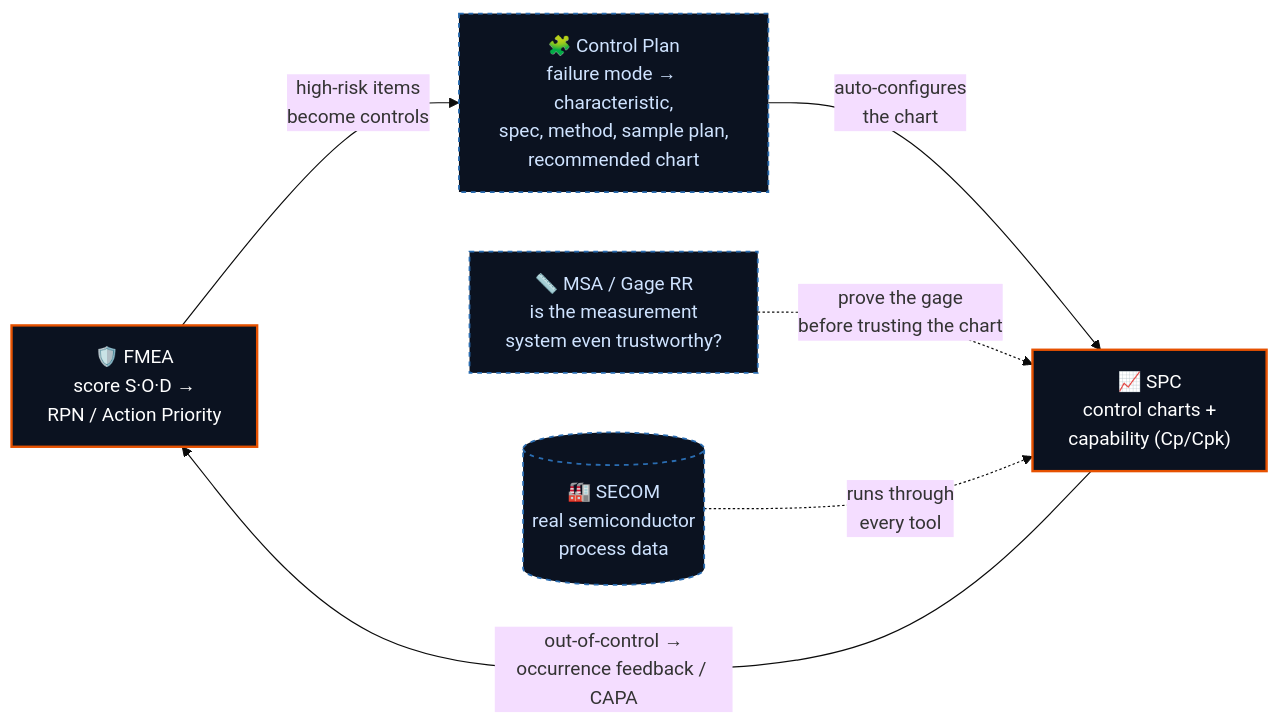
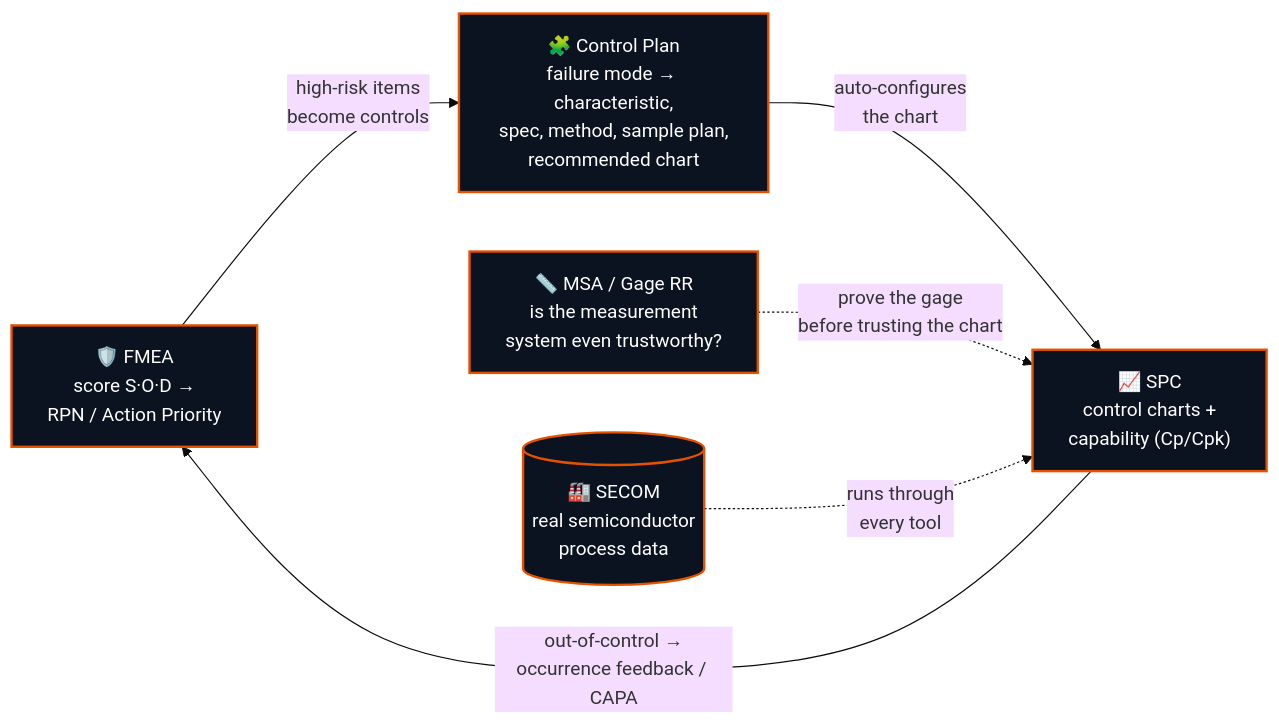
One commit to Siddardth7/quality-platform changed the first of 2 diagrams in README.md. Above: the diagram before and after it, drawn with Mermaid (base theme). The commit also changed other lines of this file and 2 other files, not shown here.

First line of the commit message:
docs(readme,roadmap): reconcile with the actual tree (#208)

````diff
--- a/README.md
+++ b/README.md
@@ -96,19 +96,17 @@
 ```mermaid
 flowchart LR
     FMEA["🛡️ FMEA<br/>score S·O·D →<br/>RPN / Action Priority"]
     CP["🧩 Control Plan<br/>failure mode → characteristic,<br/>spec, method, sample plan,<br/>recommended chart"]
     SPC["📈 SPC<br/>control charts +<br/>capability (Cp/Cpk)"]
     MSA["📏 MSA / Gage RR<br/>is the measurement<br/>system even trustworthy?"]
     SECOM[("🏭 SECOM<br/>real semiconductor<br/>process data")]
 
     FMEA -->|"high-risk items<br/>become controls"| CP
     CP -->|"auto-configures<br/>the chart"| SPC
     SPC -->|"out-of-control →<br/>occurrence feedback / CAPA"| FMEA
     MSA -.->|"prove the gage<br/>before trusting the chart"| SPC
     SECOM -.->|"runs through<br/>every tool"| SPC
 
     classDef live fill:#0b1220,stroke:#e65100,stroke-width:2px,color:#fff;
-    classDef soon fill:#0b1220,stroke:#2a6db2,stroke-width:1.5px,color:#cfe3ff,stroke-dasharray:4 4;
-    class FMEA,SPC live;
-    class CP,MSA,SECOM soon;
+    class FMEA,SPC,CP,MSA,SECOM live;
 ```
````
